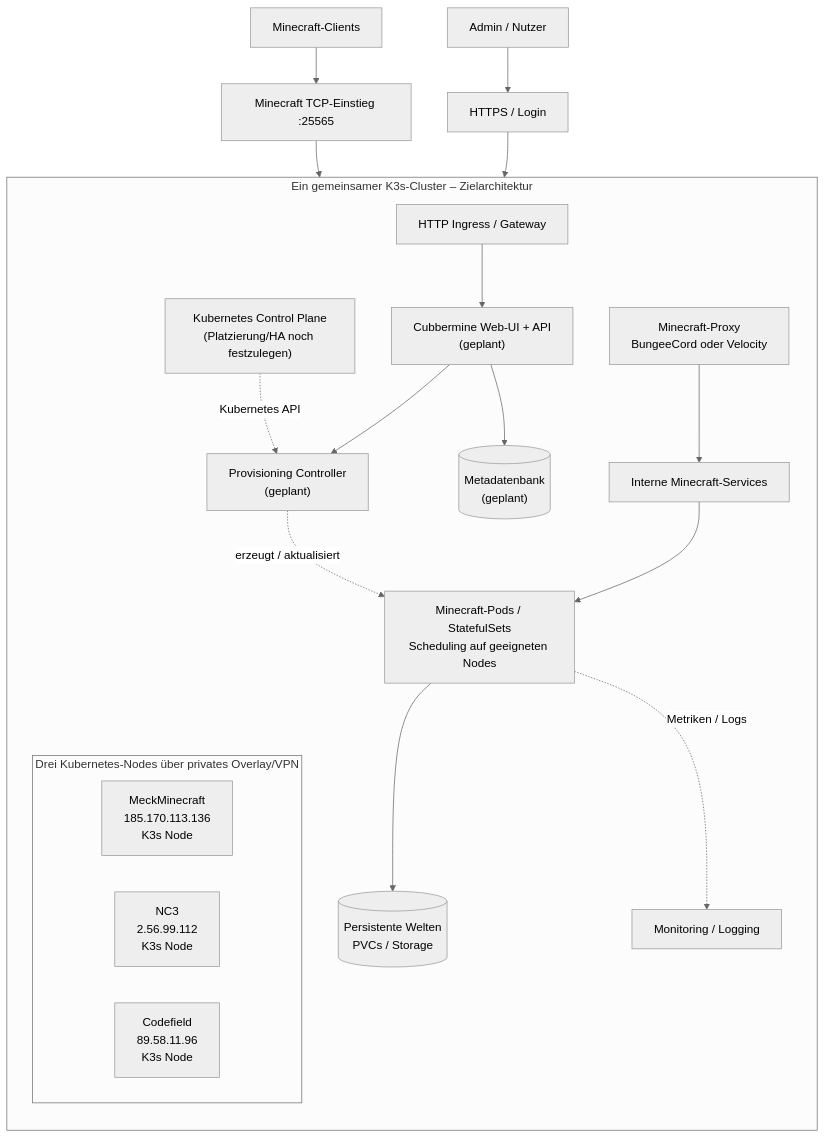
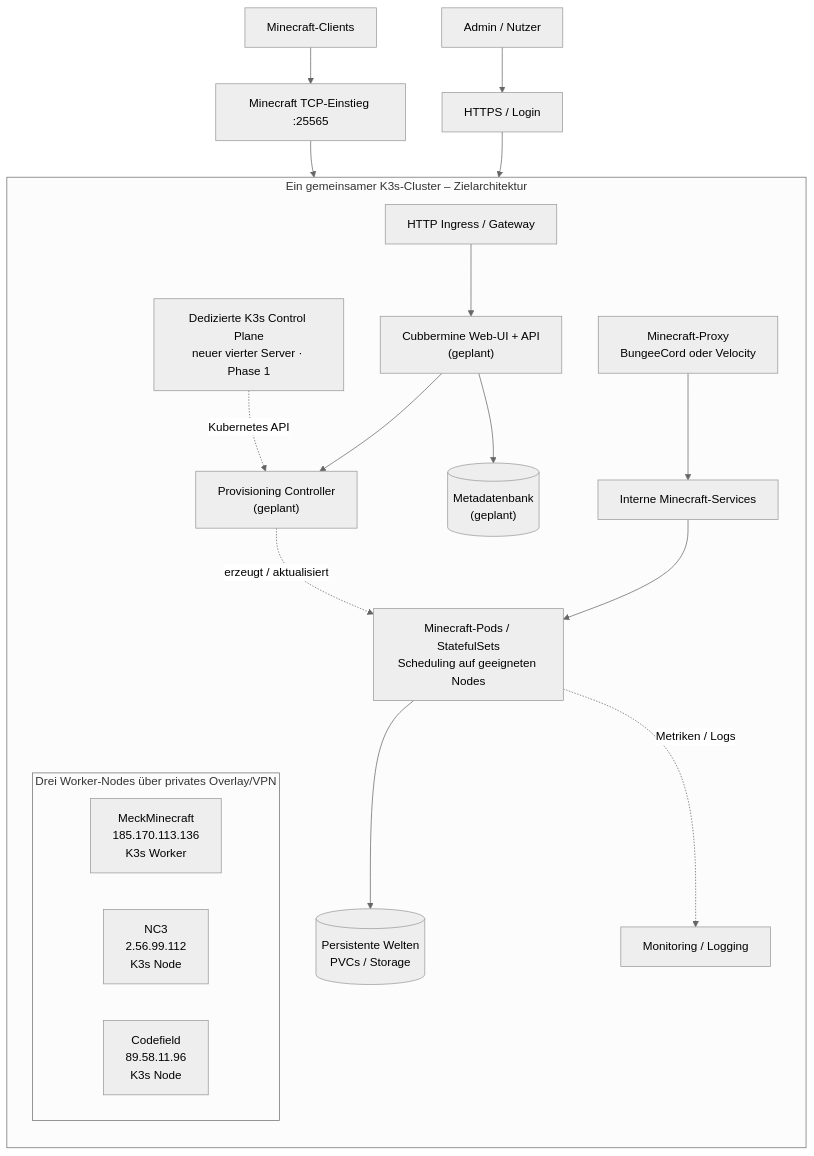
Before and after one commit to cndrbrbr/cubbermine: the third of 4 diagrams in architecture.md, drawn with Mermaid (neutral theme). The commit also changed other lines of this file, not shown here.

Commit message:
docs: plan dedicated K3s control plane and optional HA expansion

````diff
--- a/architecture.md
+++ b/architecture.md
@@ -21,35 +78,35 @@
 ```mermaid
 flowchart TB
     client["Minecraft-Clients"] --> tcp["Minecraft TCP-Einstieg :25565"]
     user["Admin / Nutzer"] --> https["HTTPS / Login"]
 
     subgraph cluster["Ein gemeinsamer K3s-Cluster – Zielarchitektur"]
       direction TB
-      cp["Kubernetes Control Plane<br/>(Platzierung/HA noch festzulegen)"]
+      cp["Dedizierte K3s Control Plane<br/>neuer vierter Server · Phase 1"]
       ingress["HTTP Ingress / Gateway"]
       app["Cubbermine Web-UI + API<br/>(geplant)"]
       proxy["Minecraft-Proxy<br/>BungeeCord oder Velocity"]
       svc["Interne Minecraft-Services"]
       ctrl["Provisioning Controller<br/>(geplant)"]
       db[("Metadatenbank<br/>(geplant)")]
       cp -. "Kubernetes API" .-> ctrl
       ingress --> app
       app --> ctrl
       app --> db
       proxy --> svc
 
-      subgraph nodes["Drei Kubernetes-Nodes über privates Overlay/VPN"]
+      subgraph nodes["Drei Worker-Nodes über privates Overlay/VPN"]
         direction LR
-        n1["MeckMinecraft<br/>185.170.113.136<br/>K3s Node"]
+        n1["MeckMinecraft<br/>185.170.113.136<br/>K3s Worker"]
         n2["NC3<br/>2.56.99.112<br/>K3s Node"]
         n3["Codefield<br/>89.58.11.96<br/>K3s Node"]
       end
       svc --> pods["Minecraft-Pods / StatefulSets<br/>Scheduling auf geeigneten Nodes"]
       ctrl -. "erzeugt / aktualisiert" .-> pods
       pods --> pvcs[("Persistente Welten<br/>PVCs / Storage")]
       pods -. "Metriken / Logs" .-> obs["Monitoring / Logging"]
     end
 
     tcp --> proxy
     https --> ingress
 ```
````
